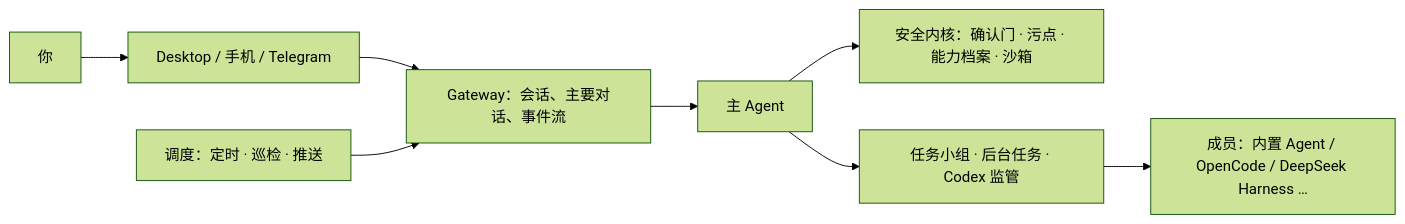
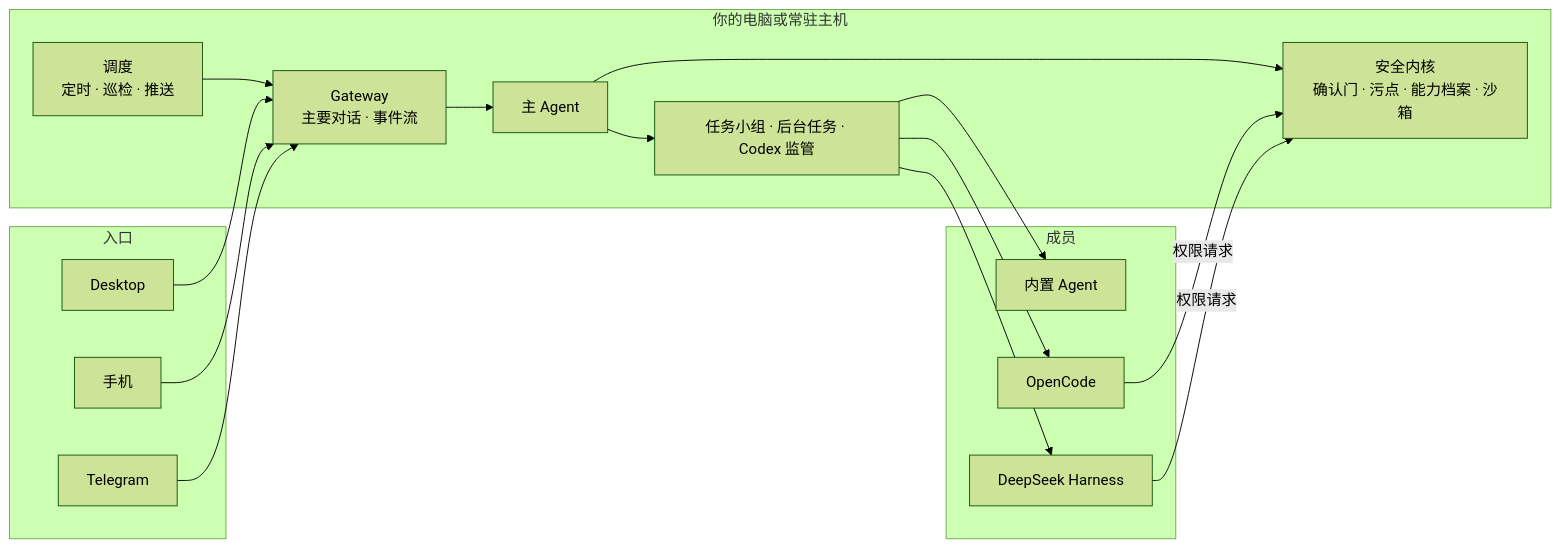
The diagram in README.md (DingHappy/VortoCode), drawn with Mermaid (forest theme) before and after one commit. The commit also changed other lines of this file, not shown here.

````diff
--- a/README.md
+++ b/README.md
@@ -100,10 +128,22 @@
 ```mermaid
 flowchart LR
-    U["你"] --> T["Desktop / 手机 / Telegram"]
-    T --> G["Gateway：会话、主要对话、事件流"]
-    G --> A["主 Agent"]
-    A --> K["安全内核：确认门 · 污点 · 能力档案 · 沙箱"]
-    A --> W["任务小组 · 后台任务 · Codex 监管"]
-    W --> M["成员：内置 Agent / OpenCode / DeepSeek Harness …"]
-    S["调度：定时 · 巡检 · 推送"] --> G
+    subgraph ends ["入口"]
+        D[Desktop]
+        P[手机]
+        TG[Telegram]
+    end
+    subgraph host ["你的电脑或常驻主机"]
+        G[Gateway<br/>主要对话 · 事件流] --> A[主 Agent]
+        A --> K[安全内核<br/>确认门 · 污点 · 能力档案 · 沙箱]
+        A --> W[任务小组 · 后台任务 · Codex 监管]
+        S[调度<br/>定时 · 巡检 · 推送] --> G
+    end
+    subgraph members ["成员"]
+        V[内置 Agent]
+        O[OpenCode]
+        H[DeepSeek Harness]
+    end
+    D & P & TG --> G
+    W --> V & O & H
+    O & H -- "权限请求" --> K
 ```
````
